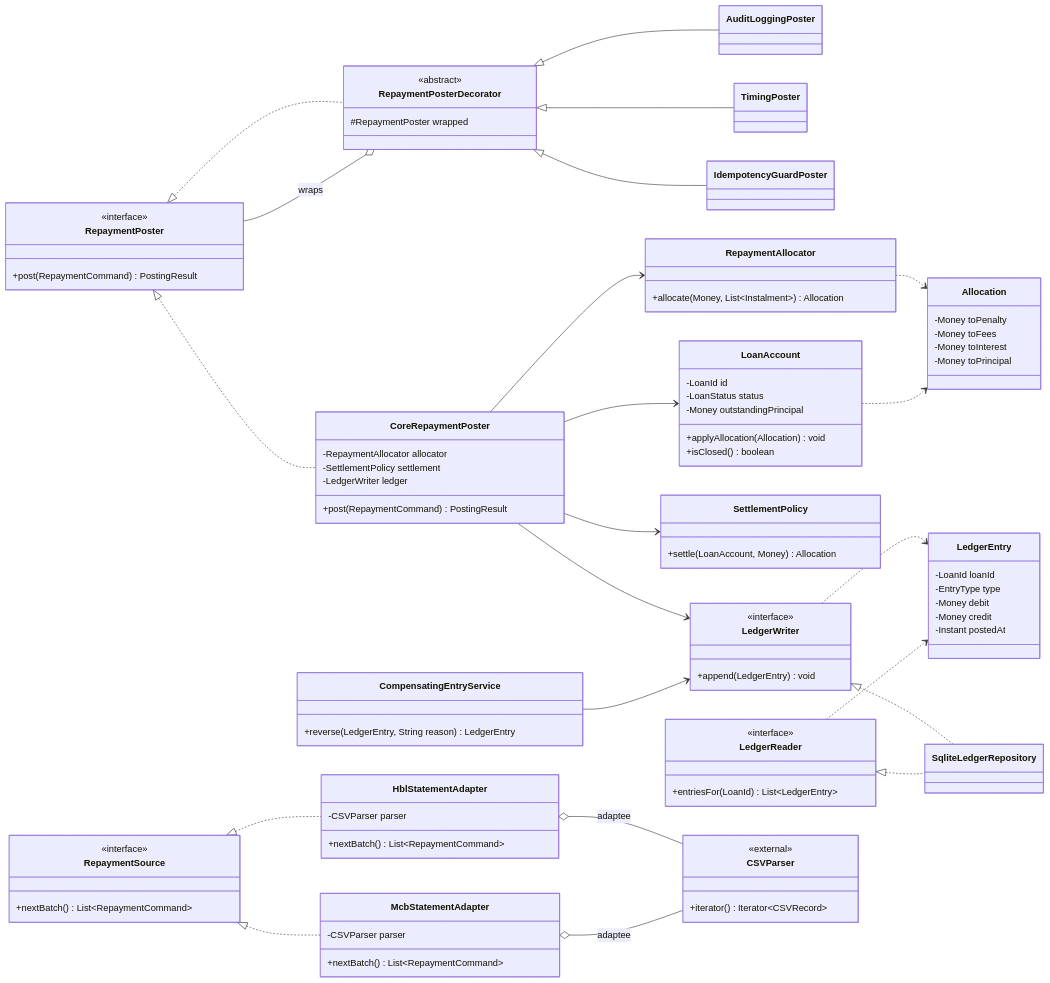
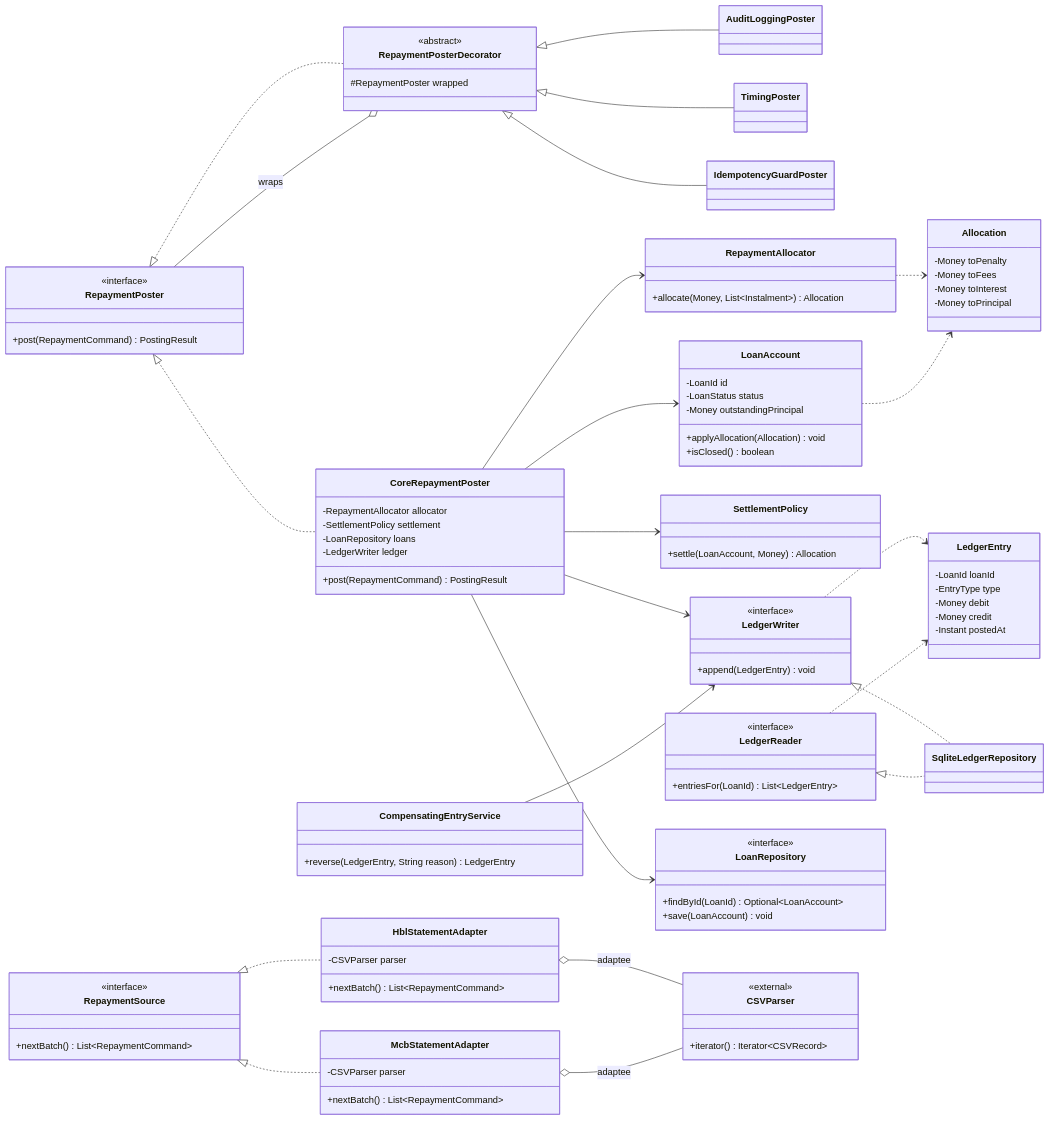
One commit to MicroLend-SE423/microlend changed the second of 5 diagrams in docs/M1-SE423-Proposal-OOD-Pattern-Plan.md. Above: the diagram before and after it, drawn with Mermaid. The commit also changed other lines of this file and 12 other files, not shown here.

```diff
--- a/docs/M1-SE423-Proposal-OOD-Pattern-Plan.md
+++ b/docs/M1-SE423-Proposal-OOD-Pattern-Plan.md
@@ -236,6 +252,7 @@
     class CoreRepaymentPoster {
         -RepaymentAllocator allocator
         -SettlementPolicy settlement
+        -LoanRepository loans
         -LedgerWriter ledger
         +post(RepaymentCommand) PostingResult
     }
@@ -285,6 +302,11 @@
         +entriesFor(LoanId) List~LedgerEntry~
     }
     class SqliteLedgerRepository
+    class LoanRepository {
+        <<interface>>
+        +findById(LoanId) Optional~LoanAccount~
+        +save(LoanAccount) void
+    }
 
     class RepaymentSource {
         <<interface>>
@@ -314,6 +336,7 @@
     CoreRepaymentPoster --> SettlementPolicy
     CoreRepaymentPoster --> LedgerWriter
     CoreRepaymentPoster --> LoanAccount
+    CoreRepaymentPoster --> LoanRepository
     RepaymentAllocator ..> Allocation
     LoanAccount ..> Allocation
     CompensatingEntryService --> LedgerWriter
```
